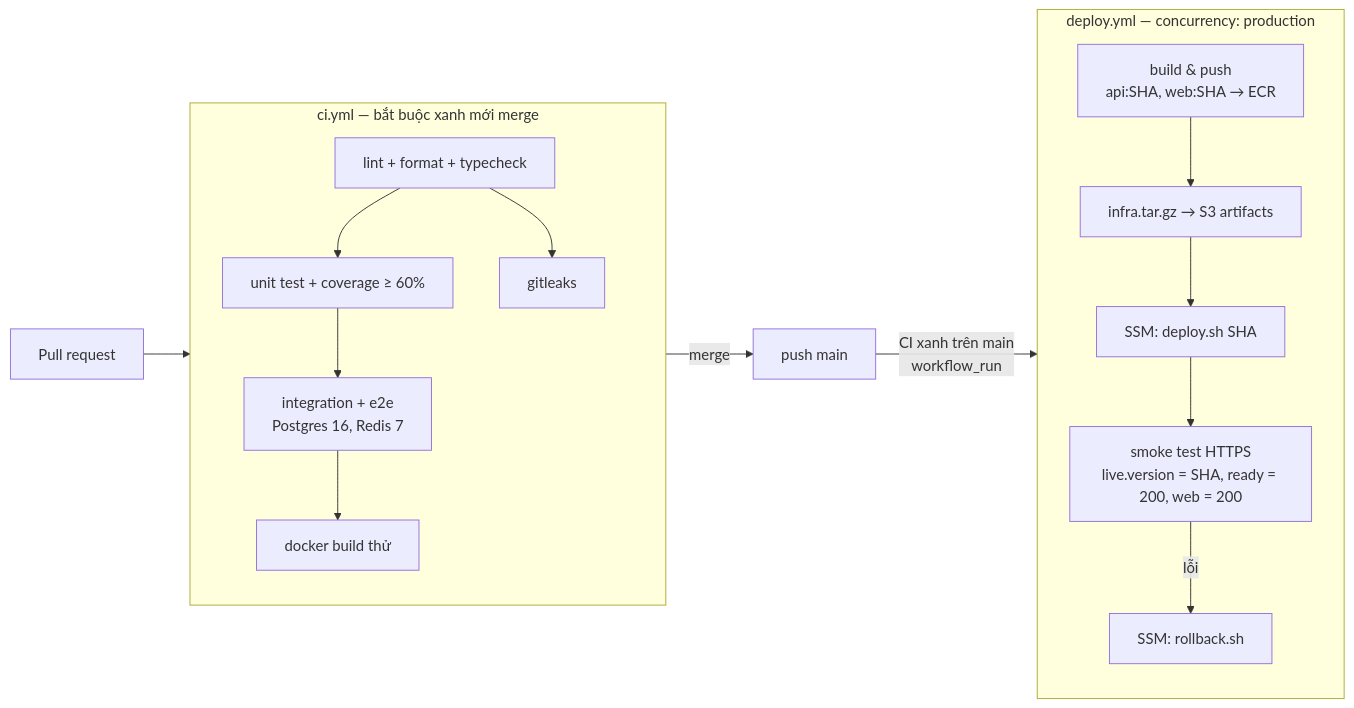
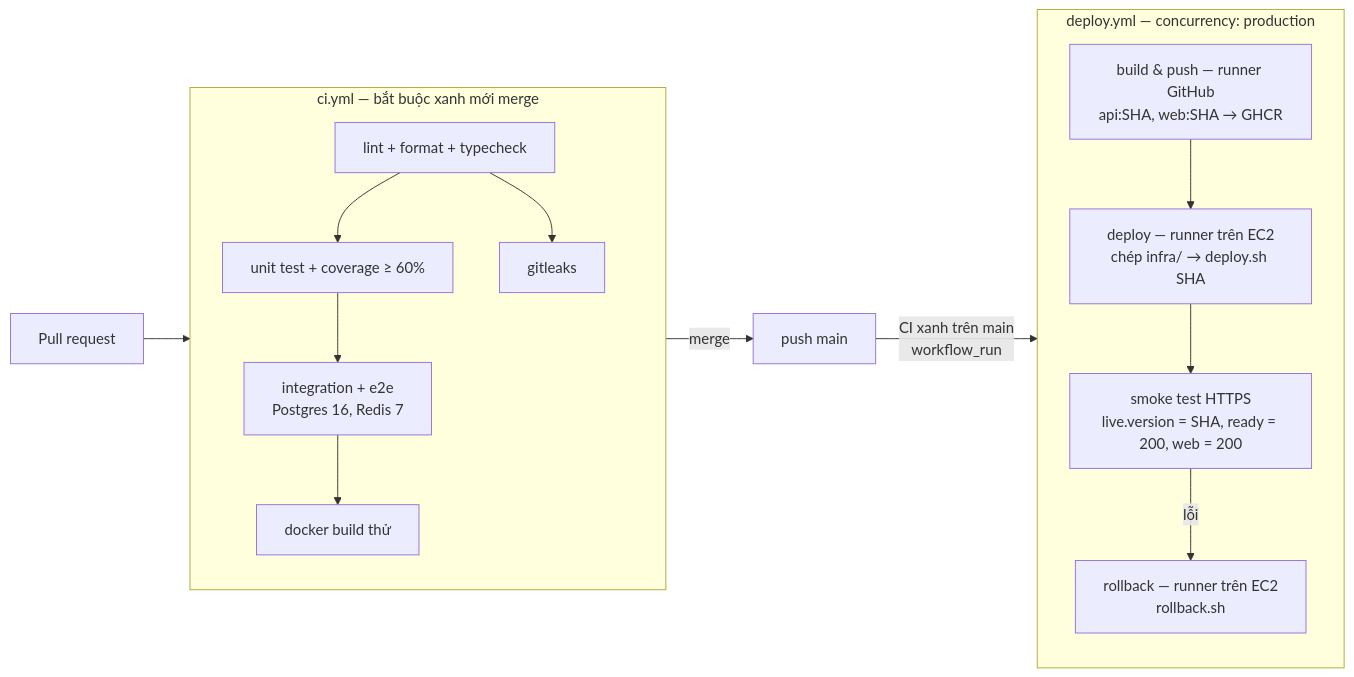
The diagram in docs/05-deployment-cicd.md (DevHocTap/shopfast-module6), drawn with Mermaid before and after one commit. The commit also changed other lines of this file and 17 other files, not shown here.

First line of the commit message:
ci: deploy via self-hosted runner and GHCR

````diff
--- a/docs/05-deployment-cicd.md
+++ b/docs/05-deployment-cicd.md
@@ -15,18 +15,17 @@
 ```mermaid
 flowchart LR
   pr[Pull request] --> ci
   subgraph ci[ci.yml — bắt buộc xanh mới merge]
     lint[lint + format + typecheck] --> unit[unit test + coverage ≥ 60%]
     unit --> integ[integration + e2e<br/>Postgres 16, Redis 7]
     lint --> sec[gitleaks]
     integ --> build[docker build thử]
   end
   ci -->|merge| main[push main]
   main -->|CI xanh trên main<br/>workflow_run| cd
   subgraph cd[deploy.yml — concurrency: production]
-    b[build & push<br/>api:SHA, web:SHA → ECR] --> bundle[infra.tar.gz → S3 artifacts]
-    bundle --> d[SSM: deploy.sh SHA]
+    b[build & push — runner GitHub<br/>api:SHA, web:SHA → GHCR] --> d[deploy — runner trên EC2<br/>chép infra/ → deploy.sh SHA]
     d --> s[smoke test HTTPS<br/>live.version = SHA, ready = 200, web = 200]
-    s -- lỗi --> rb[SSM: rollback.sh]
+    s -- lỗi --> rb[rollback — runner trên EC2<br/>rollback.sh]
   end
 ```
````
